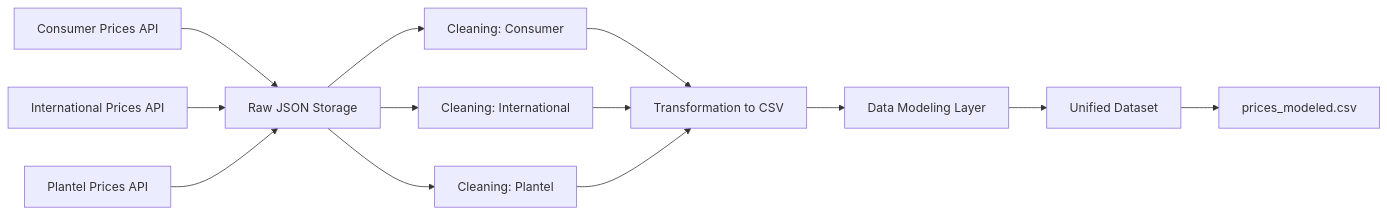
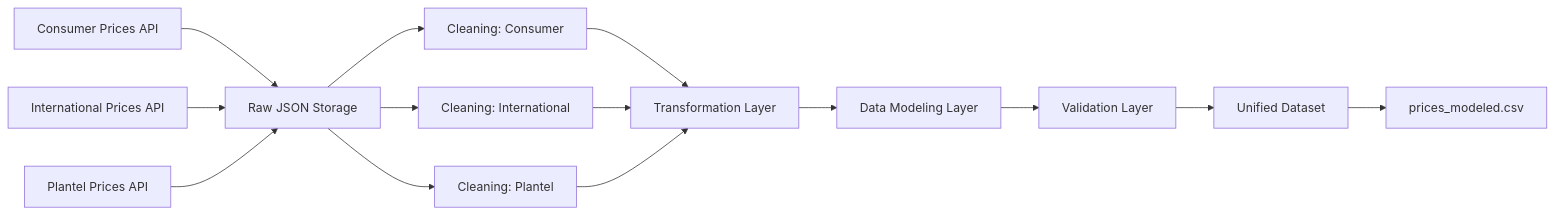
One commit to josuesoto-a/recope-data-source-definition changed the diagram in README.md. Above: the diagram before and after it, drawn with Mermaid. The commit also changed other lines of this file, not shown here.

Commit message:
docs: update README with architecture and pipeline details

````diff
--- a/README.md
+++ b/README.md
@@ -13,20 +13,22 @@
 ```mermaid
 flowchart LR
 
 A1[Consumer Prices API] --> B[Raw JSON Storage]
 A2[International Prices API] --> B
 A3[Plantel Prices API] --> B
 
 B --> C1[Cleaning: Consumer]
 B --> C2[Cleaning: International]
 B --> C3[Cleaning: Plantel]
 
-C1 --> D[Transformation to CSV]
+C1 --> D[Transformation Layer]
 C2 --> D
 C3 --> D
 
 D --> E[Data Modeling Layer]
 
-E --> F[Unified Dataset]
-F --> G[prices_modeled.csv]
+E --> F[Validation Layer]
+
+F --> G[Unified Dataset]
+G --> H[prices_modeled.csv]
 ```
````
